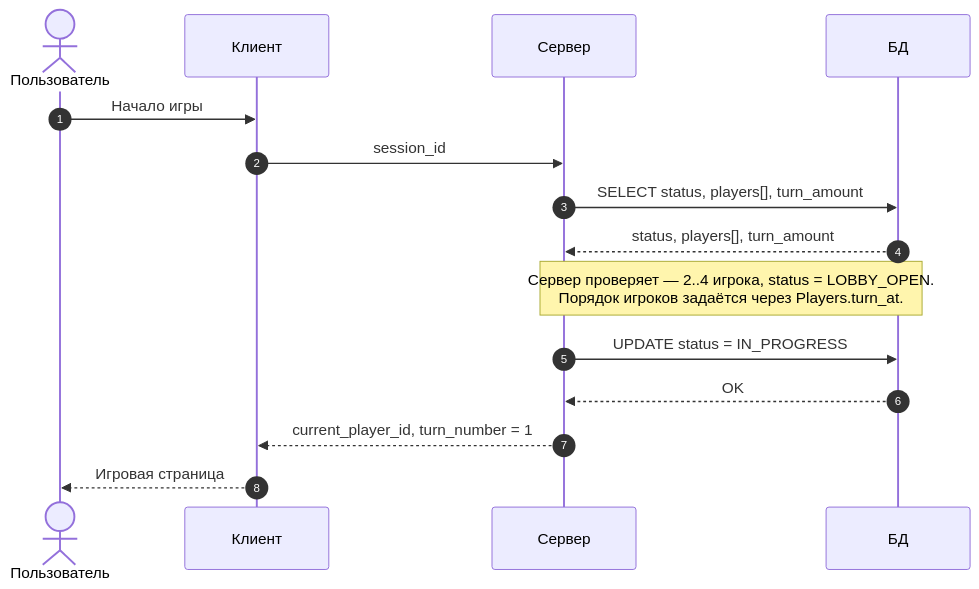
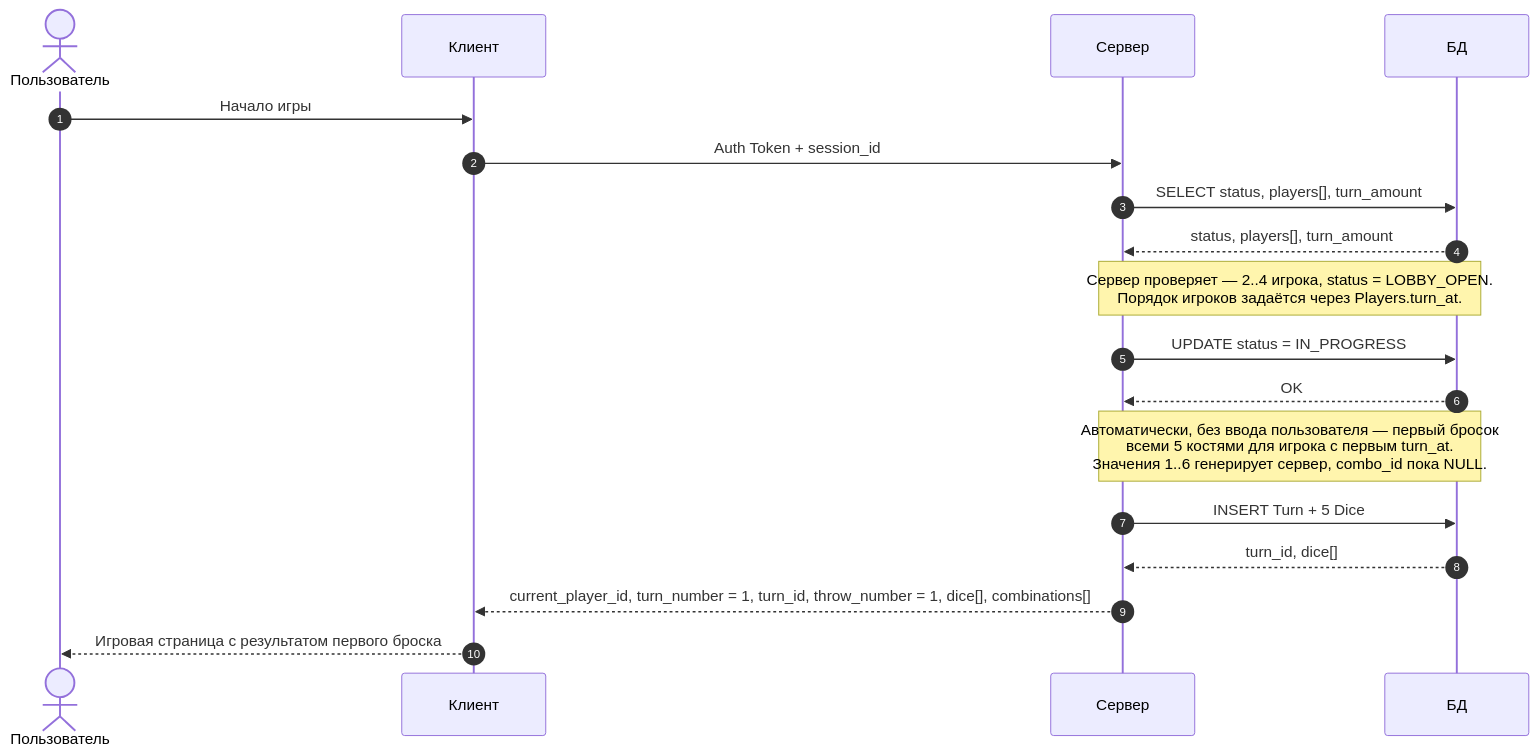
Before and after one commit to seventwogth/databases-itmo: the seventh of 12 diagrams in docs/api-schema.md, drawn with Mermaid. The commit also changed other lines of this file and 1 other file, not shown here.

First line of the commit message:
docs: merge game start and first dice throw into one request

````diff
--- a/docs/api-schema.md
+++ b/docs/api-schema.md
@@ -133,18 +135,21 @@
 ```mermaid
 sequenceDiagram
     autonumber
     actor U as Пользователь
     participant C as Клиент
     participant S as Сервер
     participant DB as БД
 
     U->>C: Начало игры
-    C->>S: session_id
+    C->>S: Auth Token + session_id
     S->>DB: SELECT status, players[], turn_amount
     DB-->>S: status, players[], turn_amount
     Note over S,DB: Сервер проверяет — 2..4 игрока, status = LOBBY_OPEN.<br/>Порядок игроков задаётся через Players.turn_at.
     S->>DB: UPDATE status = IN_PROGRESS
     DB-->>S: OK
-    S-->>C: current_player_id, turn_number = 1
-    C-->>U: Игровая страница
+    Note over S,DB: Автоматически, без ввода пользователя — первый бросок<br/>всеми 5 костями для игрока с первым turn_at.<br/>Значения 1..6 генерирует сервер, combo_id пока NULL.
+    S->>DB: INSERT Turn + 5 Dice
+    DB-->>S: turn_id, dice[]
+    S-->>C: current_player_id, turn_number = 1, turn_id, throw_number = 1, dice[], combinations[]
+    C-->>U: Игровая страница с результатом первого броска
 ```
````
